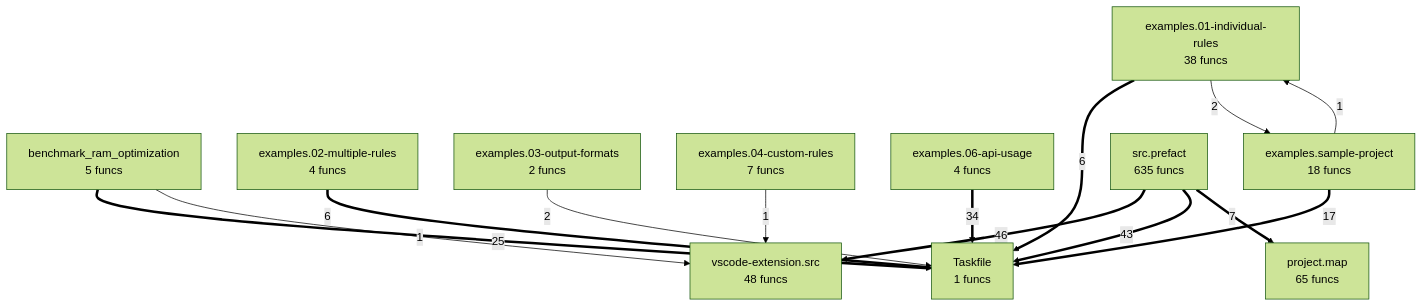
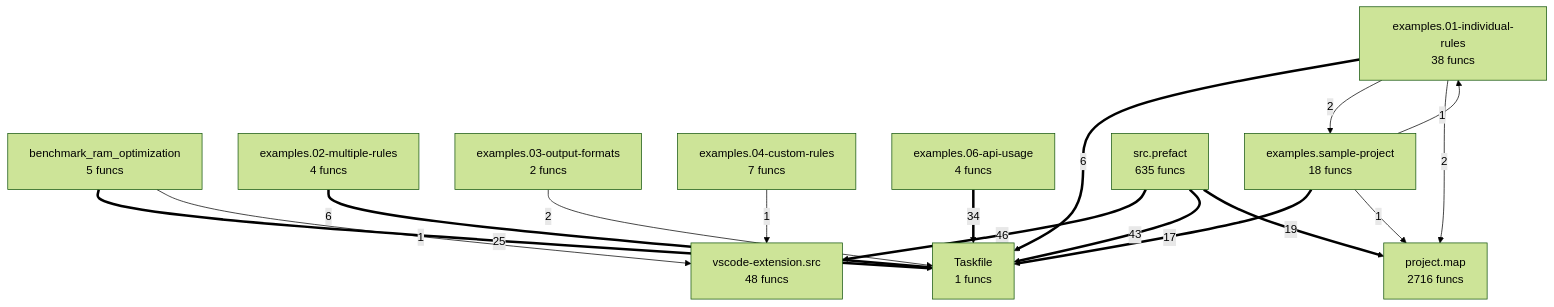
One commit to semcod/prefact changed the diagram in project/compact_flow.mmd. Above: the diagram before and after it, drawn with Mermaid (forest theme). The commit also changed 30 other files, not shown here.

```diff
--- a/project/compact_flow.mmd
+++ b/project/compact_flow.mmd
@@ -1,25 +1,27 @@
 flowchart TD
     Taskfile["Taskfile<br/>1 funcs"]
     benchmark_ram_optimization["benchmark_ram_optimization<br/>5 funcs"]
     examples__01_individual_rules["examples.01-individual-rules<br/>38 funcs"]
     examples__02_multiple_rules["examples.02-multiple-rules<br/>4 funcs"]
     examples__03_output_formats["examples.03-output-formats<br/>2 funcs"]
     examples__04_custom_rules["examples.04-custom-rules<br/>7 funcs"]
     examples__06_api_usage["examples.06-api-usage<br/>4 funcs"]
     examples__sample_project["examples.sample-project<br/>18 funcs"]
-    project__map["project.map<br/>65 funcs"]
+    project__map["project.map<br/>2716 funcs"]
     src__prefact["src.prefact<br/>635 funcs"]
     vscode_extension__src["vscode-extension.src<br/>48 funcs"]
     src__prefact ==>|46| vscode_extension__src
     src__prefact ==>|43| Taskfile
     examples__06_api_usage ==>|34| Taskfile
     benchmark_ram_optimization ==>|25| Taskfile
+    src__prefact ==>|19| project__map
     examples__sample_project ==>|17| Taskfile
-    src__prefact ==>|7| project__map
     examples__01_individual_rules ==>|6| Taskfile
     examples__02_multiple_rules ==>|6| Taskfile
+    examples__01_individual_rules -->|2| examples__sample_project
+    examples__01_individual_rules -->|2| project__map
     examples__03_output_formats -->|2| Taskfile
-    examples__01_individual_rules -->|2| examples__sample_project
+    benchmark_ram_optimization -->|1| vscode_extension__src
     examples__sample_project -->|1| examples__01_individual_rules
-    benchmark_ram_optimization -->|1| vscode_extension__src
+    examples__sample_project -->|1| project__map
     examples__04_custom_rules -->|1| vscode_extension__src
```
